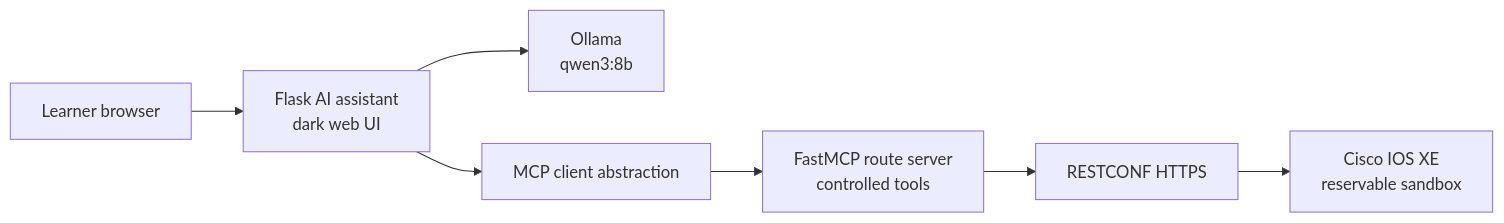
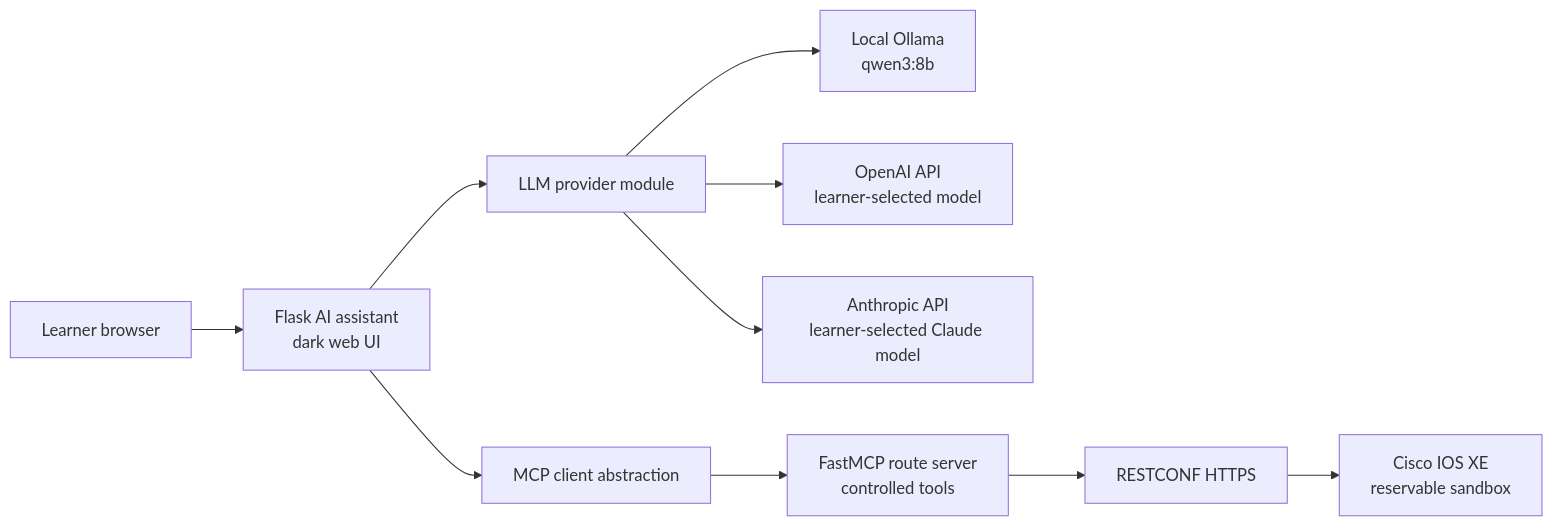
Before and after one commit to tanthanh85/CCNPAUTO: the first of 2 diagrams in LAB/Lab15/Lab15.md, drawn with Mermaid. The commit also changed other lines of this file and 23 other files, not shown here.

````diff
--- a/LAB/Lab15/Lab15.md
+++ b/LAB/Lab15/Lab15.md
@@ -30,9 +31,12 @@
 ```mermaid
 flowchart LR
     Browser["Learner browser"] --> Flask["Flask AI assistant<br/>dark web UI"]
-    Flask --> Ollama["Ollama<br/>qwen3:8b"]
+    Flask --> Gateway["LLM provider module"]
+    Gateway --> Ollama["Local Ollama<br/>qwen3:8b"]
+    Gateway --> OpenAI["OpenAI API<br/>learner-selected model"]
+    Gateway --> Claude["Anthropic API<br/>learner-selected Claude model"]
     Flask --> MCPClient["MCP client abstraction"]
     MCPClient --> MCPServer["FastMCP route server<br/>controlled tools"]
     MCPServer --> RESTCONF["RESTCONF HTTPS"]
     RESTCONF --> IOSXE["Cisco IOS XE<br/>reservable sandbox"]
 ```
````
